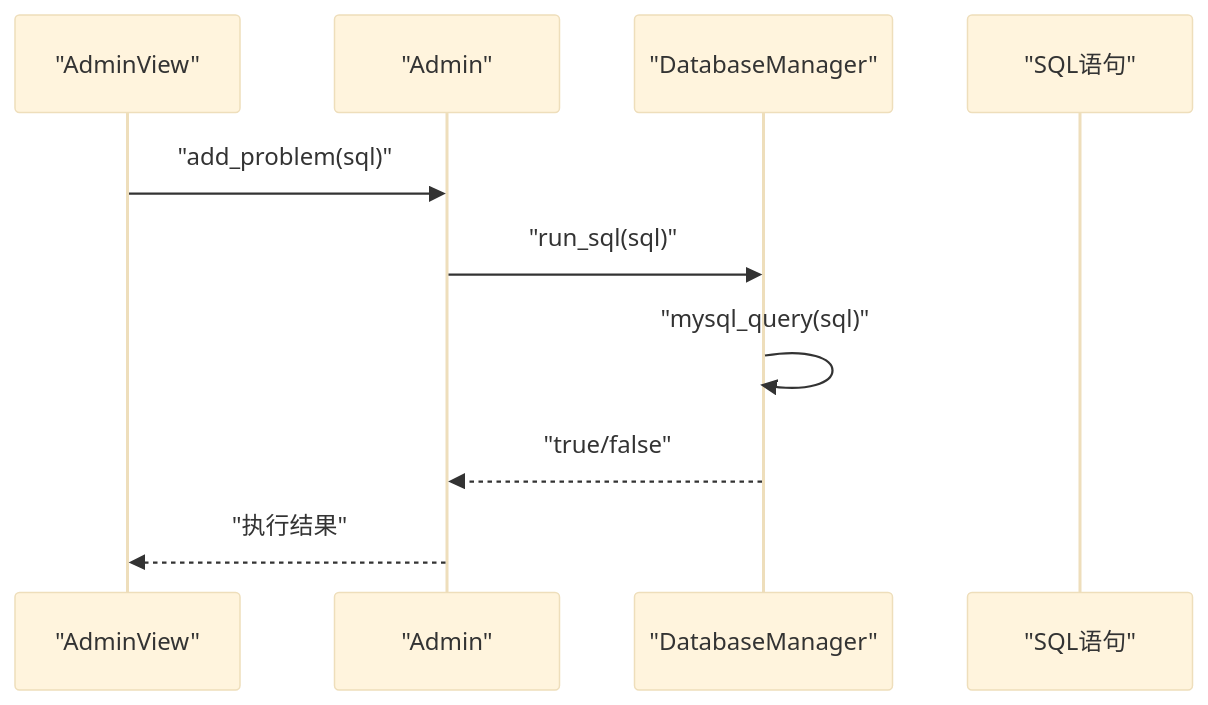
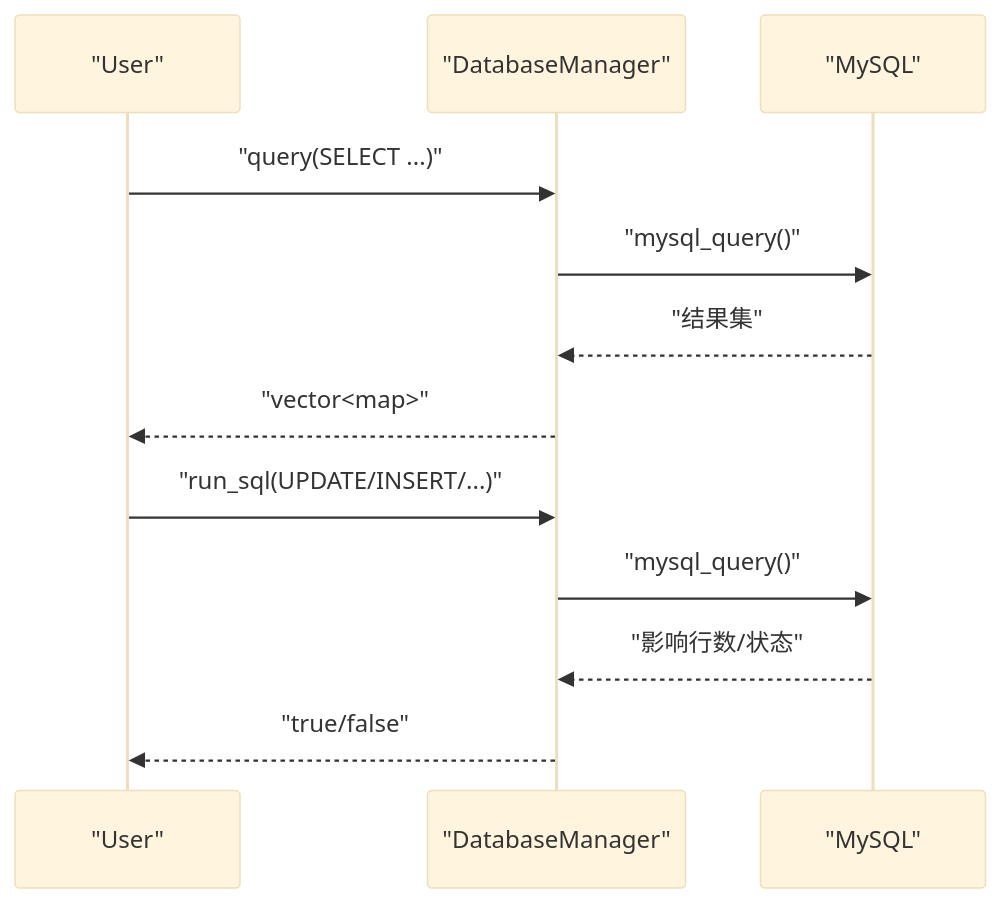
One commit to jinpeng900/OJ-Test changed the seventh of 8 diagrams in .qoder/repowiki/zh/content/核心模块详解/数据库管理器.md. Above: the diagram before and after it, drawn with Mermaid (base theme). The commit also changed other lines of this file and 147 other files, not shown here.

````diff
--- a/.qoder/repowiki/zh/content/核心模块详解/数据库管理器.md
+++ b/.qoder/repowiki/zh/content/核心模块详解/数据库管理器.md
@@ -232,12 +251,14 @@
 ```mermaid
 sequenceDiagram
-participant AV as "AdminView"
-participant ADM as "Admin"
-participant DB as "DatabaseManager"
-participant SQL as "SQL语句"
-AV->>ADM : "add_problem(sql)"
-ADM->>DB : "run_sql(sql)"
-DB->>DB : "mysql_query(sql)"
-DB-->>ADM : "true/false"
-ADM-->>AV : "执行结果"
+participant U as "User"
+participant D as "DatabaseManager"
+participant DB as "MySQL"
+U->>D : "query(SELECT ...)"
+D->>DB : "mysql_query()"
+DB-->>D : "结果集"
+D-->>U : "vector<map>"
+U->>D : "run_sql(UPDATE/INSERT/...)"
+D->>DB : "mysql_query()"
+DB-->>D : "影响行数/状态"
+D-->>U : "true/false"
 ```
````
